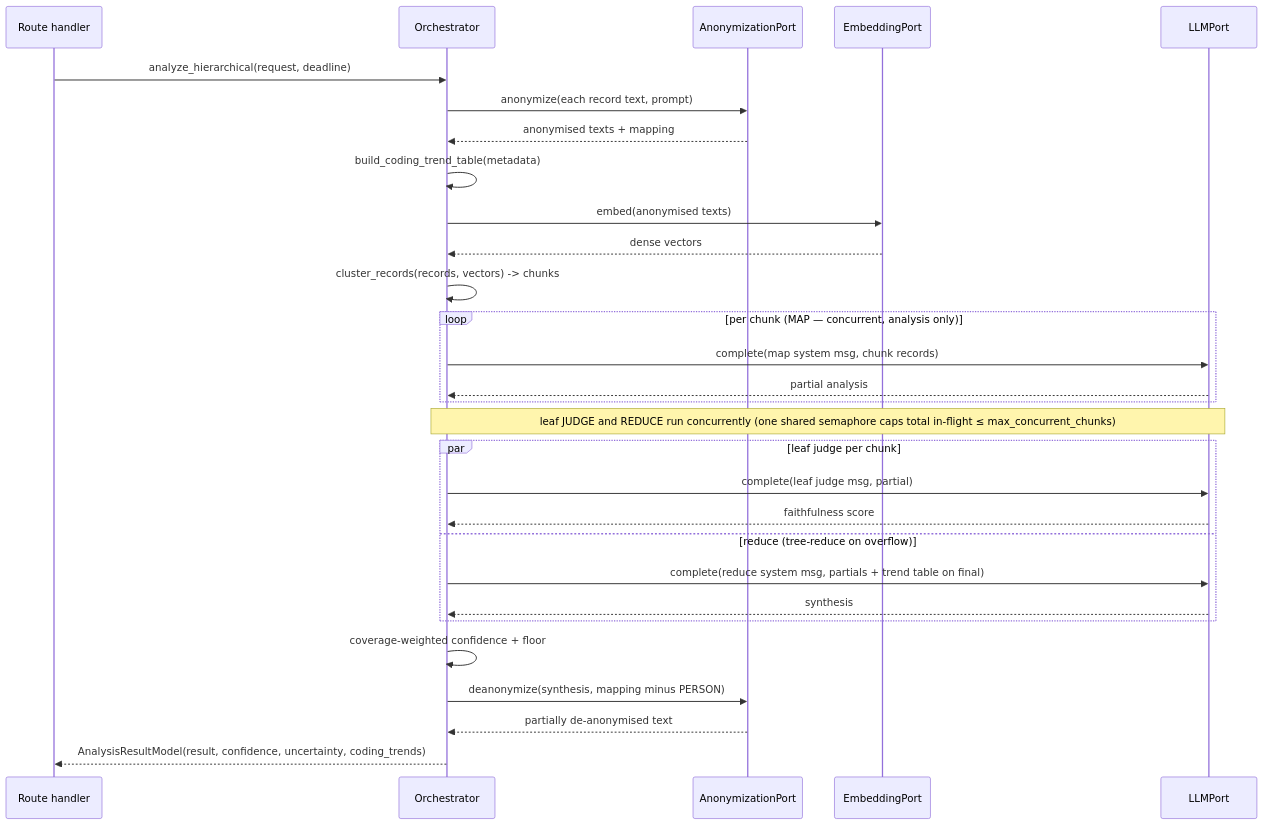
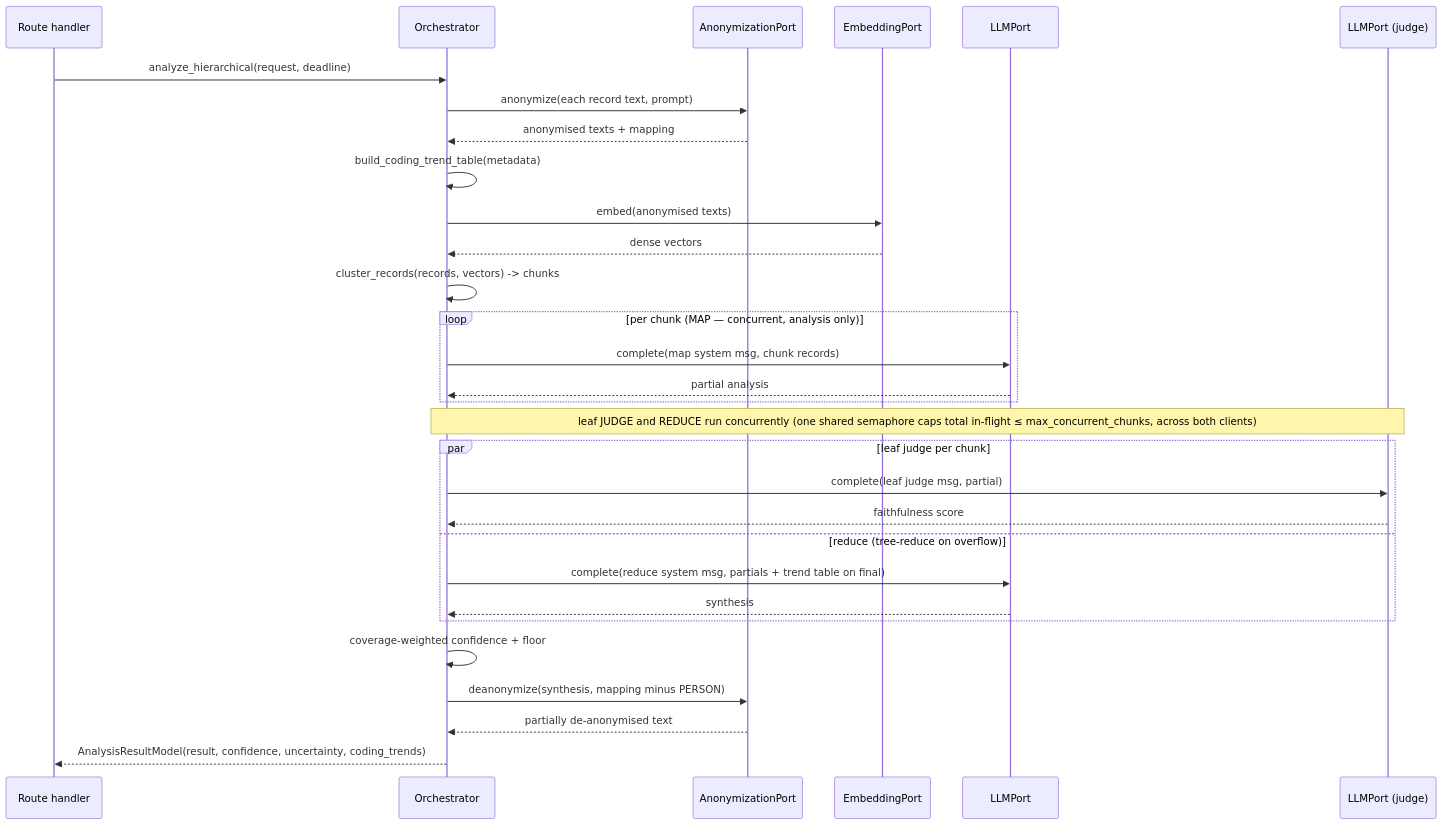
Before and after one commit to rodekruis/qualitative-feedback-analysis: the second of 2 diagrams in docs/architecture/07-hierarchical-analysis.md, drawn with Mermaid. The commit also changed other lines of this file and 12 other files, not shown here.

First line of the commit message:
feat(llm): add optional separate LLM connection for judge calls

````diff
--- a/docs/architecture/07-hierarchical-analysis.md
+++ b/docs/architecture/07-hierarchical-analysis.md
@@ -173,32 +173,33 @@
 ```mermaid
 sequenceDiagram
     participant route as Route handler
     participant orch as Orchestrator
     participant anon as AnonymizationPort
     participant emb as EmbeddingPort
     participant llm as LLMPort
+    participant judge as LLMPort (judge)
 
     route->>orch: analyze_hierarchical(request, deadline)
     orch->>anon: anonymize(each record text, prompt)
     anon-->>orch: anonymised texts + mapping
     orch->>orch: build_coding_trend_table(metadata)
     orch->>emb: embed(anonymised texts)
     emb-->>orch: dense vectors
     orch->>orch: cluster_records(records, vectors) -> chunks
     loop per chunk (MAP — concurrent, analysis only)
         orch->>llm: complete(map system msg, chunk records)
         llm-->>orch: partial analysis
     end
-    note over orch,llm: leaf JUDGE and REDUCE run concurrently (one shared semaphore caps total in-flight ≤ max_concurrent_chunks)
+    note over orch,judge: leaf JUDGE and REDUCE run concurrently (one shared semaphore caps total in-flight ≤ max_concurrent_chunks, across both clients)
     par leaf judge per chunk
-        orch->>llm: complete(leaf judge msg, partial)
-        llm-->>orch: faithfulness score
+        orch->>judge: complete(leaf judge msg, partial)
+        judge-->>orch: faithfulness score
     and reduce (tree-reduce on overflow)
         orch->>llm: complete(reduce system msg, partials + trend table on final)
         llm-->>orch: synthesis
     end
     orch->>orch: coverage-weighted confidence + floor
     orch->>anon: deanonymize(synthesis, mapping minus PERSON)
     anon-->>orch: partially de-anonymised text
     orch-->>route: AnalysisResultModel(result, confidence, uncertainty, coding_trends)
 ```
````
